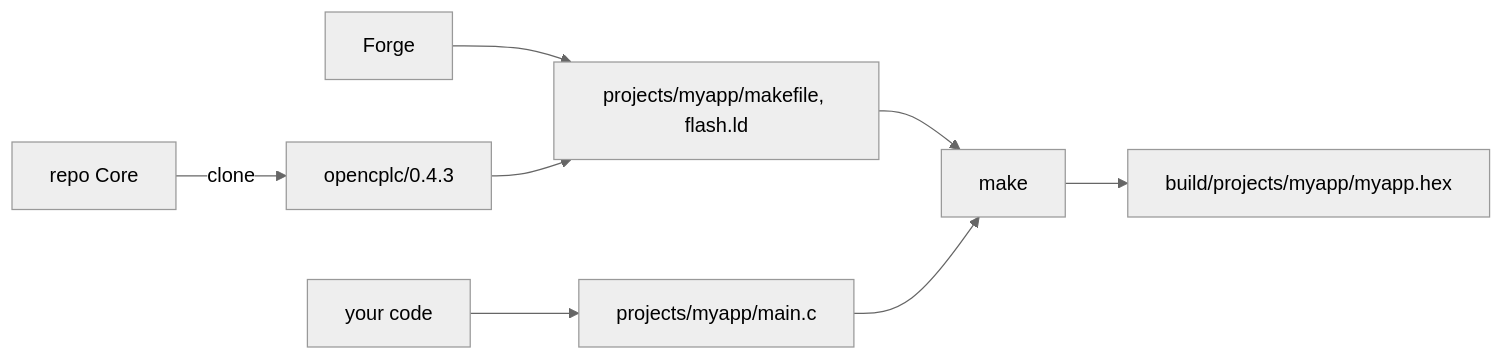
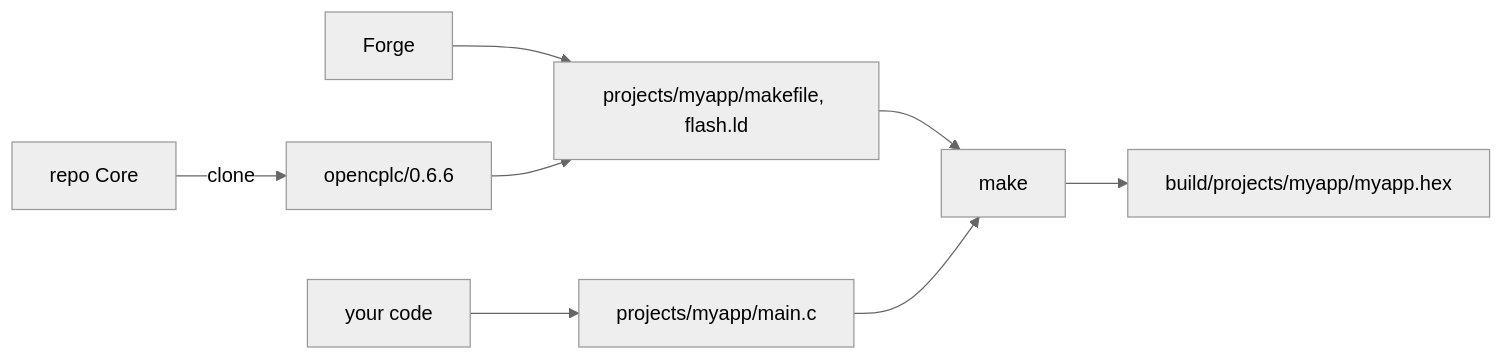
One commit to OpenCPLC/Forge changed the diagram in readme.md. Above: the diagram before and after it, drawn with Mermaid (neutral theme). The commit also changed other lines of this file and 55 other files, not shown here.

````diff
--- a/readme.md
+++ b/readme.md
@@ -185,10 +185,10 @@
 ```mermaid
 flowchart LR
-  CORE[repo Core] -->|clone| FW["opencplc/0.4.3"]
+  CORE[repo Core] -->|clone| FW["opencplc/0.6.6"]
   FORGE[Forge] --> GEN["projects/myapp/makefile, flash.ld"]
   FW --> GEN
   YOU[your code] --> PRO["projects/myapp/main.c"]
   GEN --> MAKE[make]
   PRO --> MAKE
   MAKE --> BIN["build/projects/myapp/myapp.hex"]
 ```
````
